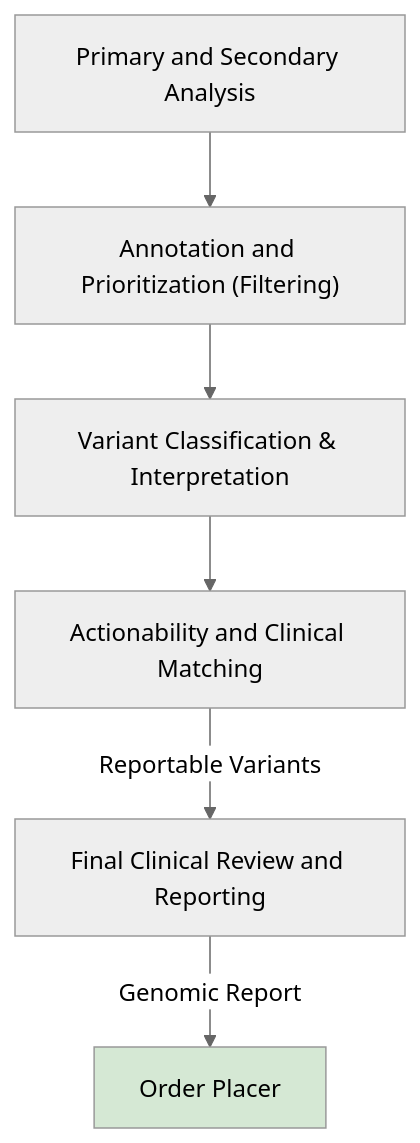
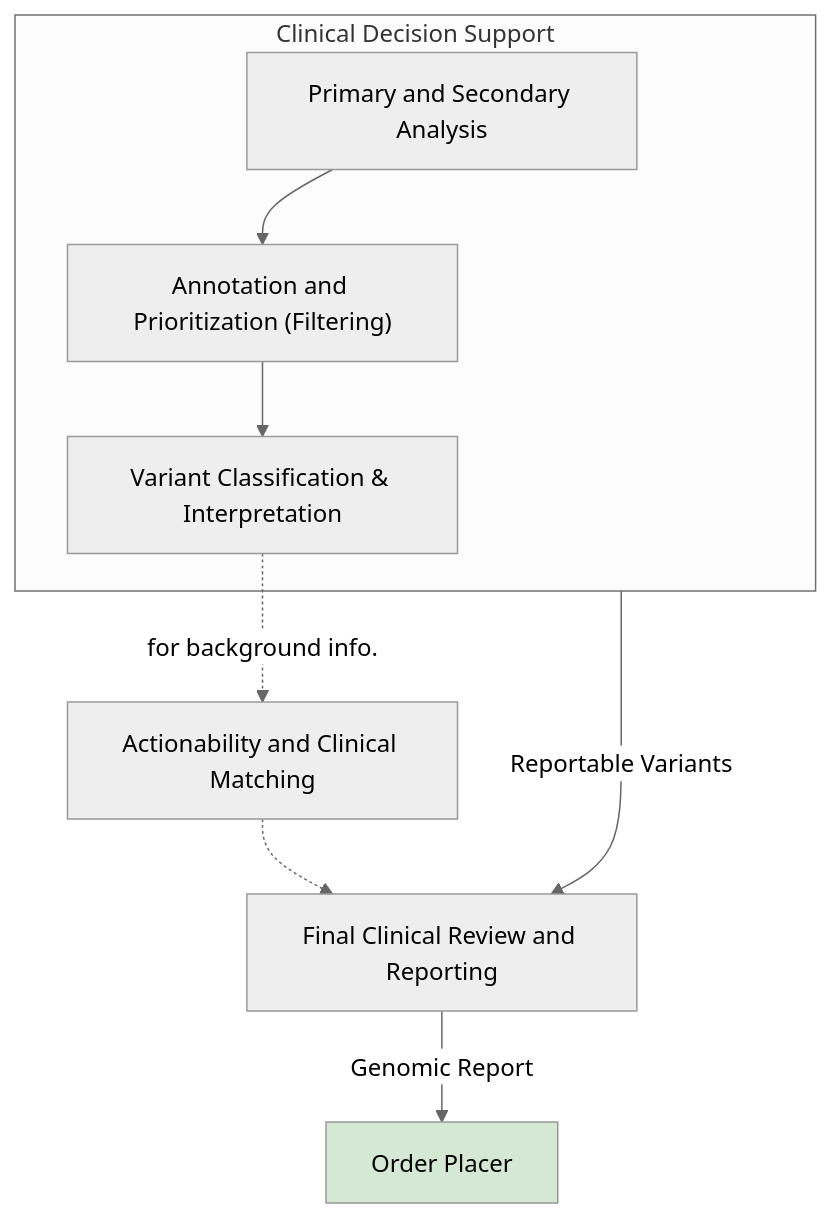
The diagram in input/pagecontent/reportable-variants.md (nw-gmsa/nw-gmsa.github.com), drawn with Mermaid (neutral theme) before and after one commit. The commit also changed other lines of this file, not shown here.

Commit message:
reportable variants

````diff
--- a/input/pagecontent/reportable-variants.md
+++ b/input/pagecontent/reportable-variants.md
@@ -5,19 +5,23 @@
 ```mermaid
 graph
 
+subgraph CDS[Clinical Decision Support]
 analysis[Primary and Secondary Analysis]
 filtering["Annotation and Prioritization (Filtering)"]
 classification[Variant Classification & Interpretation]
+end
+
 action[Actionability and Clinical Matching]
 report[Final Clinical Review and Reporting]
 placer[Order Placer]
 
 analysis --> filtering
 filtering --> classification
-classification --> action
-action --> |Reportable Variants| report
+classification -.-> |for background info.| action
+CDS --> |Reportable Variants| report
+action -.->  report
 report --> |Genomic Report| placer  
 
   classDef green fill:#D5E8D4;
   class placer green
 ```
````
